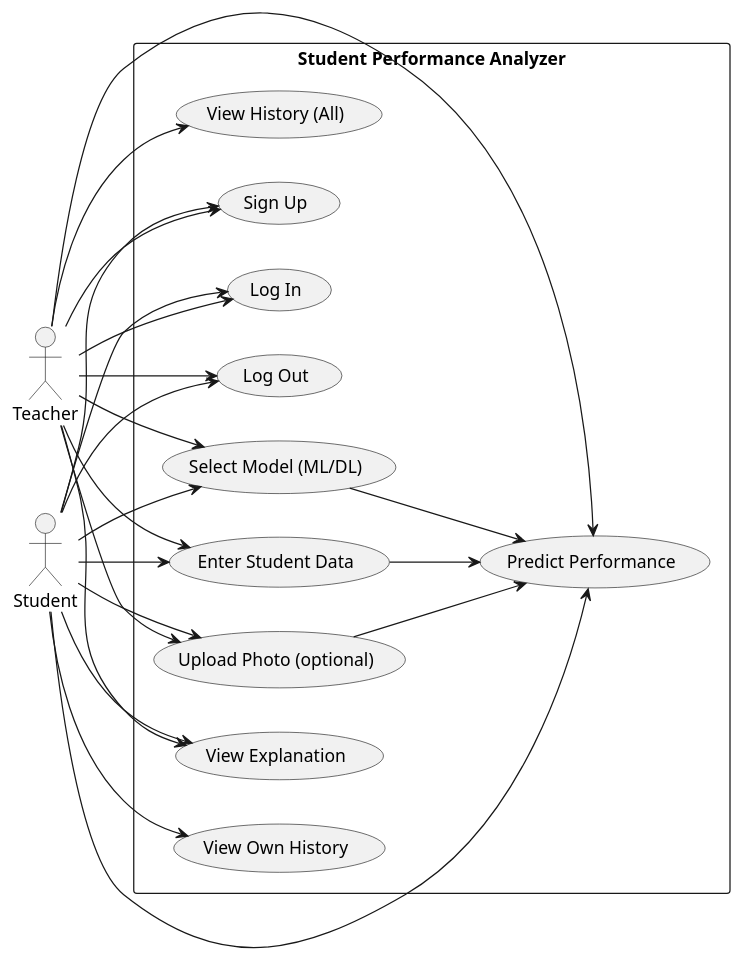
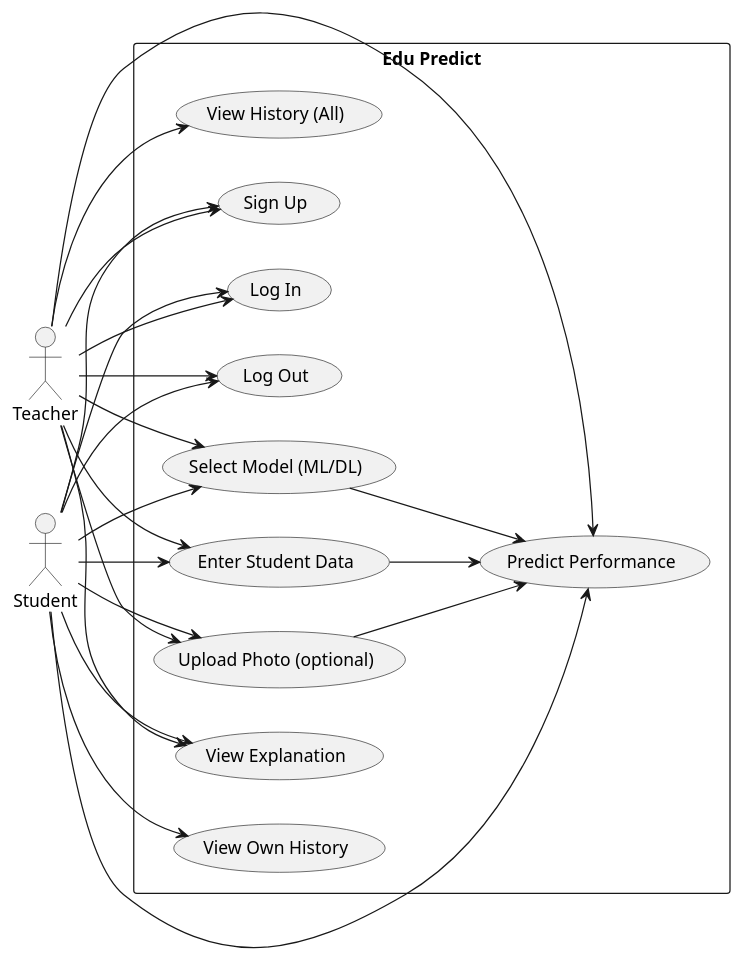
The second of 2 diagrams in docs/diagrams/USE_CASE_DIAGRAMS.md (vrroshni/student-analyser), drawn with PlantUML before and after one commit. The commit also changed other lines of this file and 18 other files, not shown here.

Commit message:
Student Performance Analyzer

````diff
--- a/docs/diagrams/USE_CASE_DIAGRAMS.md
+++ b/docs/diagrams/USE_CASE_DIAGRAMS.md
@@ -133,40 +133,40 @@
 ```plantuml
 @startuml
 left to right direction
 actor Teacher
 actor Student
-rectangle "Student Performance Analyzer" {
+rectangle "Edu Predict" {
   usecase "Sign Up" as UC1
   usecase "Log In" as UC2
   usecase "Log Out" as UC3
   usecase "Enter Student Data" as UC4
   usecase "Upload Photo (optional)" as UC5
   usecase "Select Model (ML/DL)" as UC6
   usecase "Predict Performance" as UC7
   usecase "View Explanation" as UC8
   usecase "View History (All)" as UC9
   usecase "View Own History" as UC10
 }
 Teacher --> UC1
 Teacher --> UC2
 Teacher --> UC3
 Teacher --> UC4
 Teacher --> UC5
 Teacher --> UC6
 Teacher --> UC7
 Teacher --> UC8
 Teacher --> UC9
 Student --> UC1
 Student --> UC2
 Student --> UC3
 Student --> UC4
 Student --> UC5
 Student --> UC6
 Student --> UC7
 Student --> UC8
 Student --> UC10
 UC4 --> UC7
 UC6 --> UC7
 UC5 --> UC7
 @enduml
 ```
````
